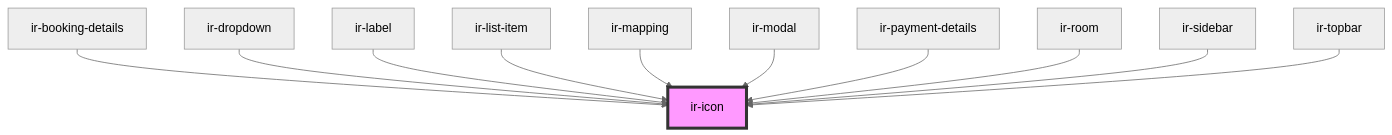
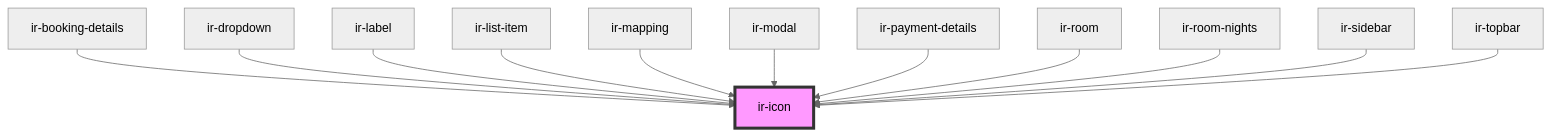
Before and after one commit to David1Chowaifaty/modified-ir-webcmp: the diagram in src/components/ir-icon/readme.md, drawn with Mermaid (neutral theme). The commit also changed other lines of this file and 17 other files, not shown here.

````diff
--- a/src/components/ir-icon/readme.md
+++ b/src/components/ir-icon/readme.md
@@ -38,14 +39,15 @@
 ```mermaid
 graph TD;
   ir-booking-details --> ir-icon
   ir-dropdown --> ir-icon
   ir-label --> ir-icon
   ir-list-item --> ir-icon
   ir-mapping --> ir-icon
   ir-modal --> ir-icon
   ir-payment-details --> ir-icon
   ir-room --> ir-icon
+  ir-room-nights --> ir-icon
   ir-sidebar --> ir-icon
   ir-topbar --> ir-icon
   style ir-icon fill:#f9f,stroke:#333,stroke-width:4px
 ```
````
